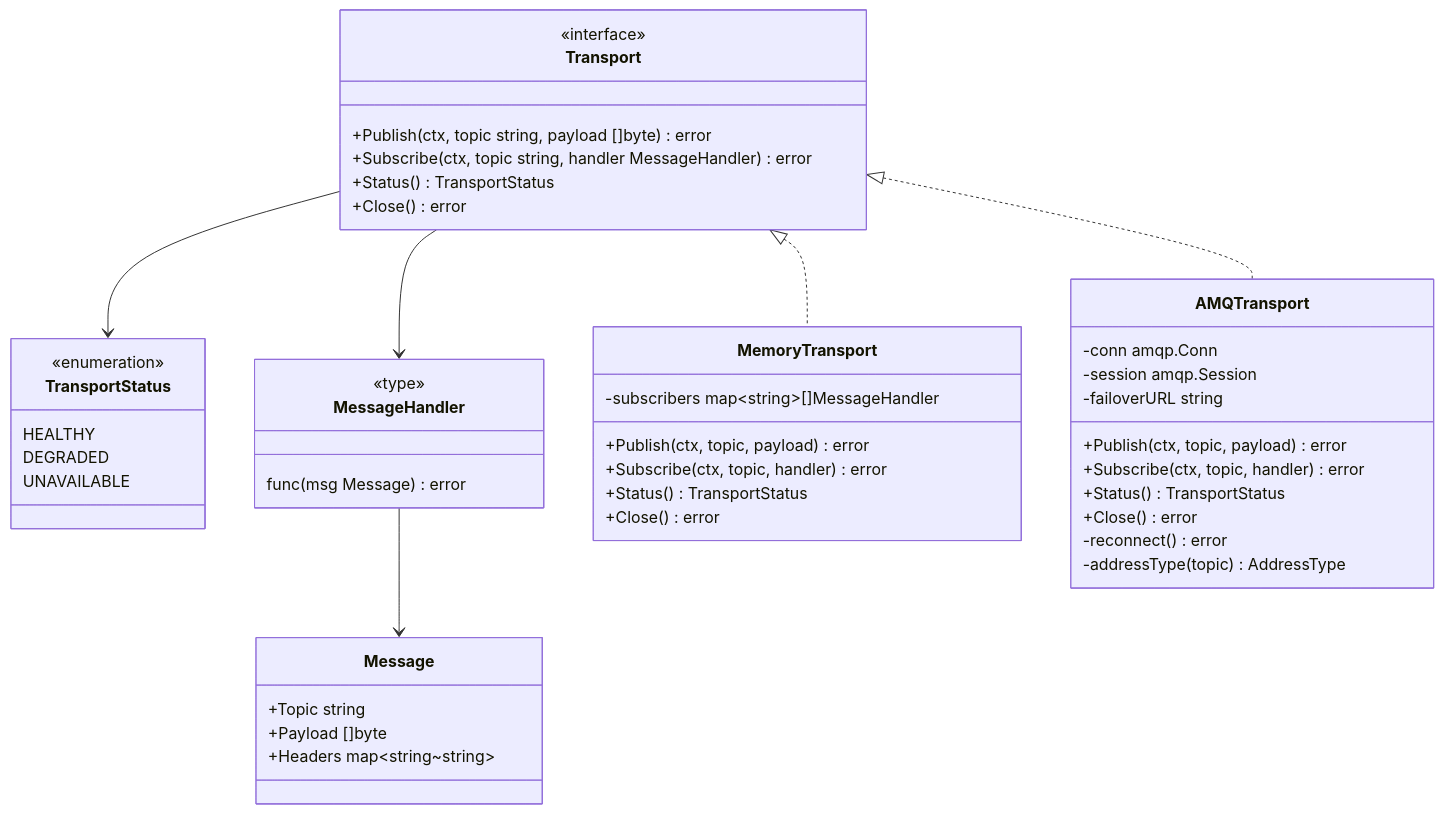
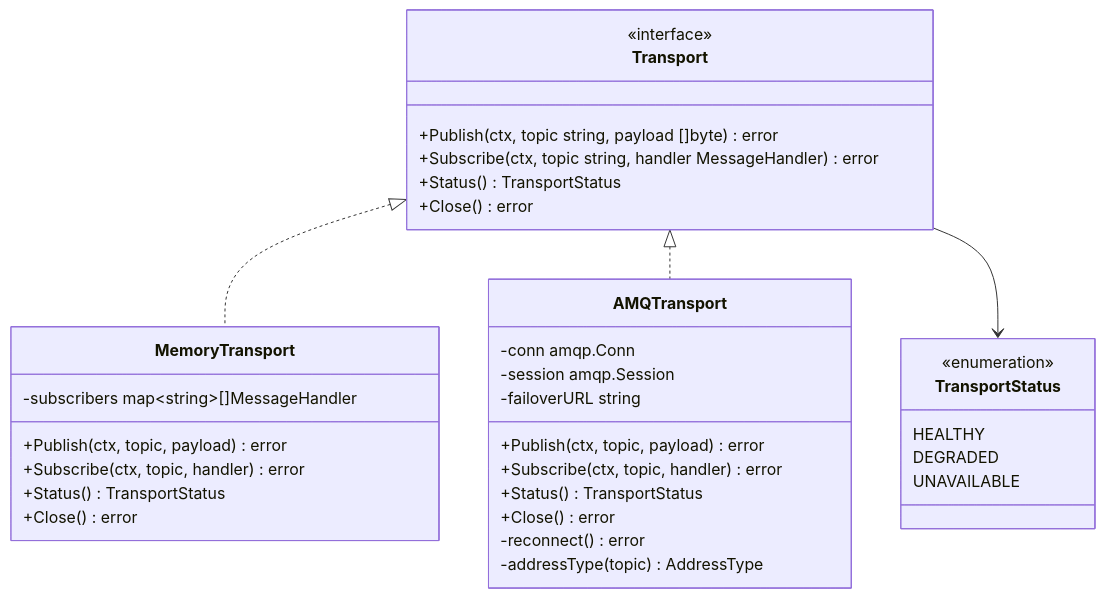
Before and after one commit to emirbh/misc: the tenth of 17 diagrams in data-model-registry/dmr-sync-design.md, drawn with Mermaid. The commit also changed other lines of this file, not shown here.

````diff
--- a/data-model-registry/dmr-sync-design.md
+++ b/data-model-registry/dmr-sync-design.md
@@ -507,54 +558,41 @@
 ```mermaid
 classDiagram
     class Transport {
         <<interface>>
         +Publish(ctx, topic string, payload []byte) error
         +Subscribe(ctx, topic string, handler MessageHandler) error
         +Status() TransportStatus
         +Close() error
     }
 
     class TransportStatus {
         <<enumeration>>
         HEALTHY
         DEGRADED
         UNAVAILABLE
-    }
-
-    class MessageHandler {
-        <<type>>
-        func(msg Message) error
-    }
-
-    class Message {
-        +Topic   string
-        +Payload []byte
-        +Headers map~string~string~
     }
 
     class MemoryTransport {
         -subscribers map~string~[]MessageHandler
         +Publish(ctx, topic, payload) error
         +Subscribe(ctx, topic, handler) error
         +Status() TransportStatus
         +Close() error
     }
 
     class AMQTransport {
         -conn        amqp.Conn
         -session     amqp.Session
         -failoverURL string
         +Publish(ctx, topic, payload) error
         +Subscribe(ctx, topic, handler) error
         +Status() TransportStatus
         +Close() error
         -reconnect() error
         -addressType(topic) AddressType
     }
 
     Transport <|.. MemoryTransport
     Transport <|.. AMQTransport
     Transport --> TransportStatus
-    Transport --> MessageHandler
-    MessageHandler --> Message
 ```
````
